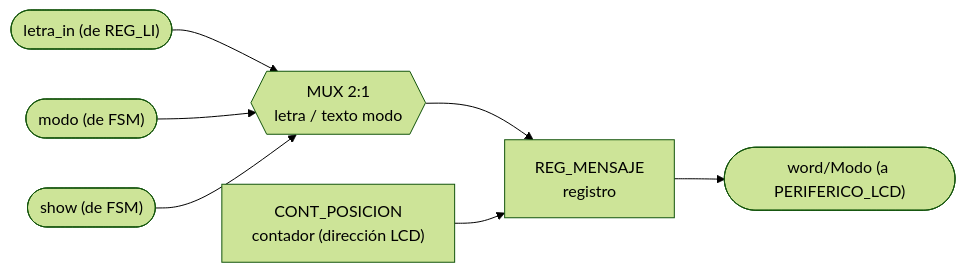
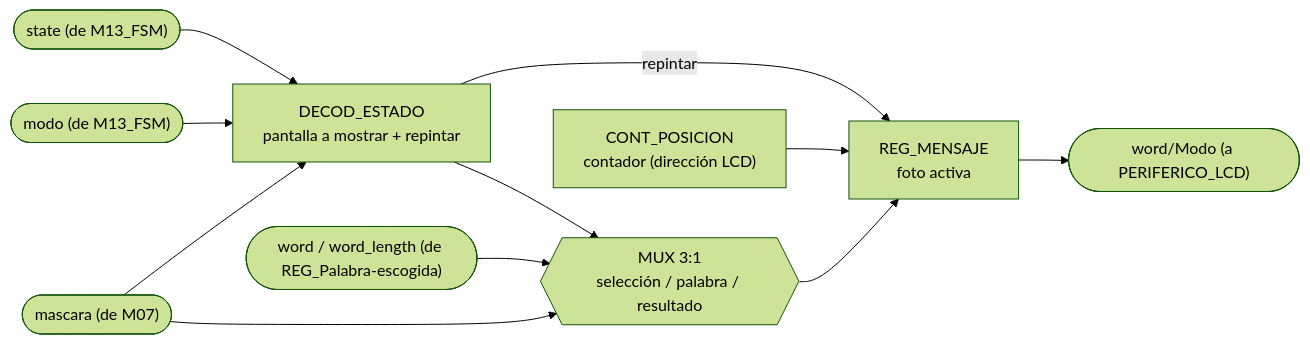
One commit to Taller-de-diseno-digital-GR01/Proyecto-2-Ahorcado changed the first of 2 diagrams in docs/diseño/modulos/M04_Mostrar-LCD.md. Above: the diagram before and after it, drawn with Mermaid (forest theme). The commit also changed other lines of this file and 2 other files, not shown here.

````diff
--- a/docs/diseño/modulos/M04_Mostrar-LCD.md
+++ b/docs/diseño/modulos/M04_Mostrar-LCD.md
@@ -9,9 +33,13 @@
 ```mermaid
 flowchart LR
-    IN_LETRA(["letra_in (de REG_LI)"]) --> MUX1{{"MUX 2:1<br/>letra / texto modo"}}
-    IN_MODO(["modo (de FSM)"]) --> MUX1
-    IN_SHOW(["show (de FSM)"]) --> MUX1
-    MUX1 --> REG_MSG["REG_MENSAJE<br/>registro"]
+    IN_STATE(["state (de M13_FSM)"]) --> DEC_ST["DECOD_ESTADO<br/>pantalla a mostrar + repintar"]
+    IN_MODO(["modo (de M13_FSM)"]) --> DEC_ST
+    IN_MASC(["mascara (de M07)"]) --> DEC_ST
+    IN_WORD(["word / word_length (de REG_Palabra-escogida)"]) --> MUX1{{"MUX 3:1<br/>selección / palabra / resultado"}}
+    IN_MASC --> MUX1
+    DEC_ST -->|repintar| REG_MSG["REG_MENSAJE<br/>foto activa"]
+    DEC_ST --> MUX1
+    MUX1 --> REG_MSG
     CNT_POS["CONT_POSICION<br/>contador (dirección LCD)"] --> REG_MSG
     REG_MSG --> OUT_LCD(["word/Modo (a PERIFERICO_LCD)"])
 ```
````
